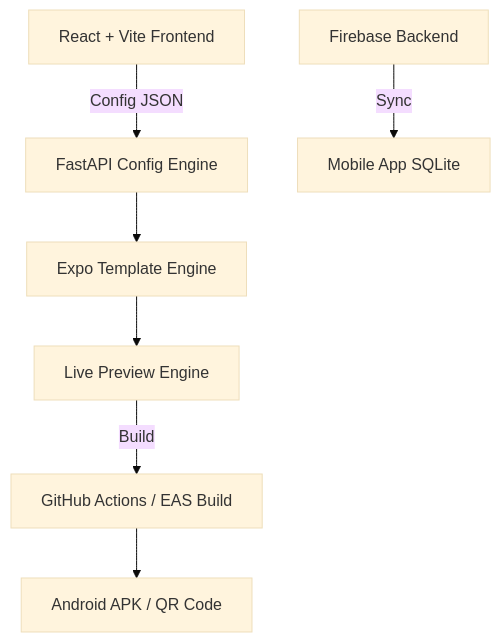
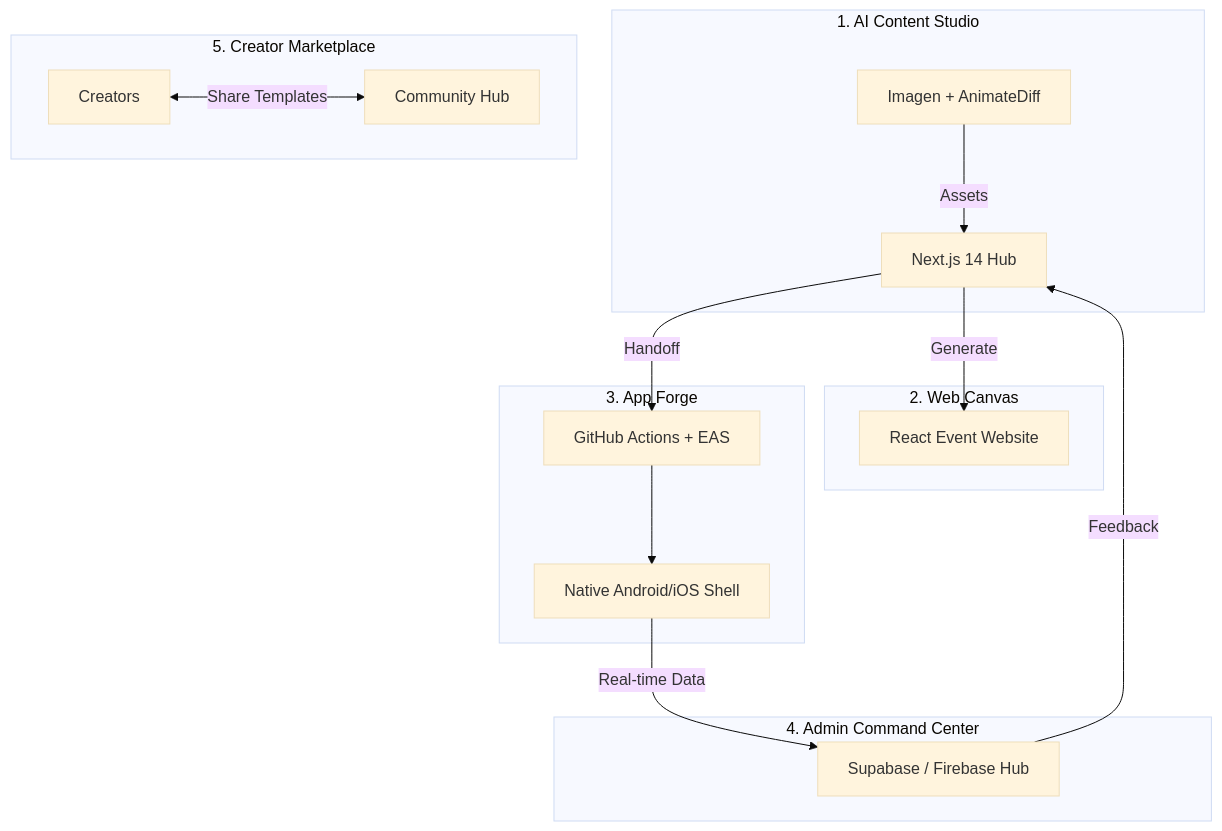
The diagram in README.md (kushdhruv/AMD_V5), drawn with Mermaid (base theme) before and after one commit. The commit also changed other lines of this file and 5 other files, not shown here.

````diff
--- a/README.md
+++ b/README.md
@@ -55,9 +12,24 @@
 ```mermaid
 graph TD
-    A[React + Vite Frontend] -->|Config JSON| B[FastAPI Config Engine]
-    B --> C[Expo Template Engine]
-    C --> D[Live Preview Engine]
-    D -->|Build| E[GitHub Actions / EAS Build]
-    E --> F[Android APK / QR Code]
-    G[Firebase Backend] -->|Sync| H[Mobile App SQLite]
+    subgraph "1. AI Content Studio"
+        CS[Imagen + AnimateDiff] -->|Assets| Dashboard
+    end
+
+    subgraph "2. Web Canvas"
+        Dashboard[Next.js 14 Hub] -->|Generate| Web[React Event Website]
+    end
+
+    subgraph "3. App Forge"
+        Dashboard -->|Handoff| Bridge[GitHub Actions + EAS]
+        Bridge --> Mobile[Native Android/iOS Shell]
+    end
+
+    subgraph "4. Admin Command Center"
+        Mobile -->|Real-time Data| Analytics[Supabase / Firebase Hub]
+        Analytics -->|Feedback| Dashboard
+    end
+
+    subgraph "5. Creator Marketplace"
+        User[Creators] <-->|Share Templates| Marketplace[Community Hub]
+    end
 ```
````
